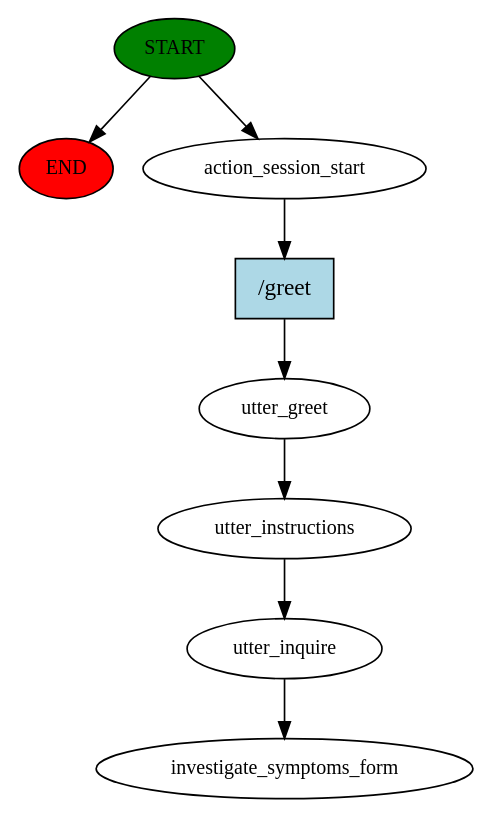
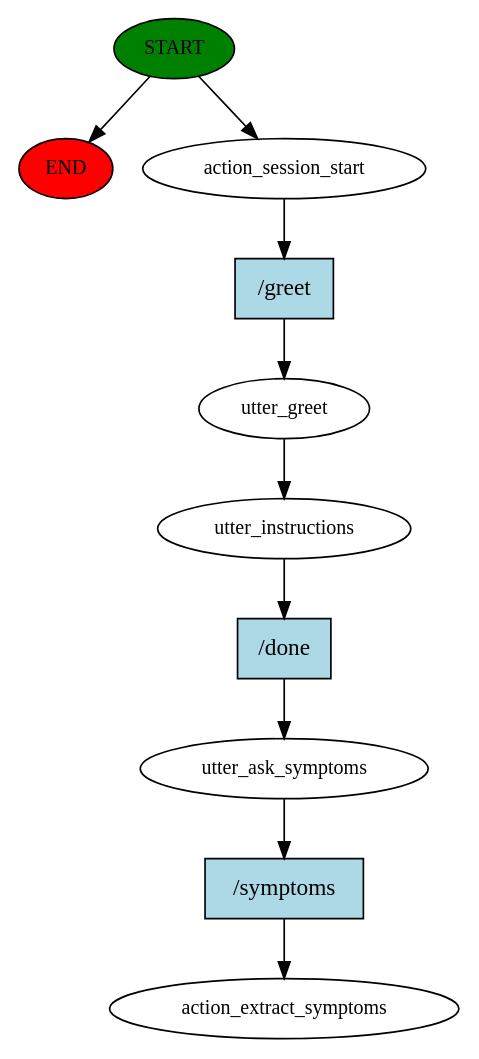
Before and after one commit to sislab-unitn/Let-s-Give-a-Voice-to-Conversational-Agents-in-VR: the diagram in server/rasa_bots/rasa_triage/story_graph.dot, drawn with Graphviz. The commit also changed 27 other files, not shown here.

```diff
--- a/server/rasa_bots/rasa_triage/story_graph.dot
+++ b/server/rasa_bots/rasa_triage/story_graph.dot
@@ -1,17 +1,21 @@
 digraph  {
 0 [class="start active", fillcolor=green, fontsize=12, label=START, style=filled];
 "-1" [class=end, fillcolor=red, fontsize=12, label=END, style=filled];
 1 [class=active, fontsize=12, label=action_session_start];
 2 [class=active, fontsize=12, label=utter_greet];
 3 [class=active, fontsize=12, label=utter_instructions];
-4 [class=active, fontsize=12, label=utter_inquire];
-5 [class="dashed active", fontsize=12, label=investigate_symptoms_form];
+4 [class=active, fontsize=12, label=utter_ask_symptoms];
+5 [class="dashed active", fontsize=12, label=action_extract_symptoms];
 6 [class="intent active", fillcolor=lightblue, label="/greet", shape=rect, style=filled];
+7 [class="intent active", fillcolor=lightblue, label="/done", shape=rect, style=filled];
+8 [class="intent active", fillcolor=lightblue, label="/symptoms", shape=rect, style=filled];
 0 -> "-1"  [class="", key=NONE, label=""];
 0 -> 1  [class=active, key=NONE, label=""];
 1 -> 6  [class=active, key=0];
 2 -> 3  [class=active, key=NONE, label=""];
-3 -> 4  [class=active, key=NONE, label=""];
-4 -> 5  [class=active, key=NONE, label=""];
+3 -> 7  [class=active, key=0];
+4 -> 8  [class=active, key=0];
 6 -> 2  [class=active, key=0];
+7 -> 4  [class=active, key=0];
+8 -> 5  [class=active, key=0];
 }
```
